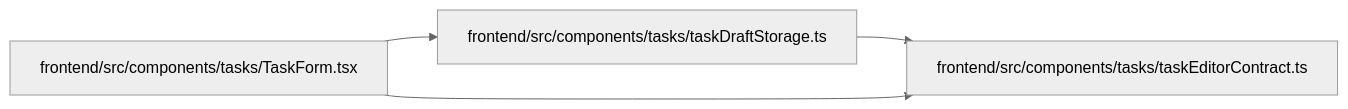
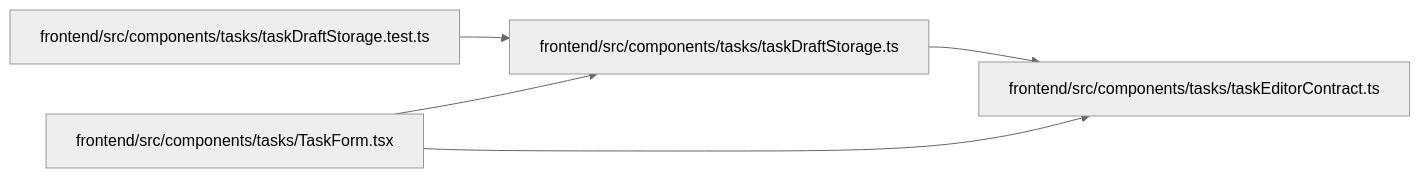
Before and after one commit to Denissvgn/WorkChord: the diagram in docs/llm_wiki/modules/taskDraftStorage.md, drawn with Mermaid (neutral theme). The commit also changed other lines of this file and 2344 other files, not shown here.

````diff
--- a/docs/llm_wiki/modules/taskDraftStorage.md
+++ b/docs/llm_wiki/modules/taskDraftStorage.md
@@ -24,12 +26,15 @@
 ```mermaid
 flowchart LR
-    n0["frontend/src/components/tasks/taskDraftStorage.ts"]
-    n1["frontend/src/components/tasks/taskEditorContract.ts"]
-    n2["frontend/src/components/tasks/TaskForm.tsx"]
+    n0["frontend/src/components/tasks/taskDraftStorage.test.ts"]
+    n1["frontend/src/components/tasks/taskDraftStorage.ts"]
+    n2["frontend/src/components/tasks/taskEditorContract.ts"]
+    n3["frontend/src/components/tasks/TaskForm.tsx"]
     n0 --> n1
-    n2 --> n0
-    n2 --> n1
-    click n0 "../modules/taskDraftStorage.md"
-    click n1 "../modules/taskEditorContract.md"
-    click n2 "../modules/TaskForm.md"
+    n1 --> n2
+    n3 --> n1
+    n3 --> n2
+    click n0 "../modules/taskDraftStorage.test.md"
+    click n1 "../modules/taskDraftStorage.md"
+    click n2 "../modules/taskEditorContract.md"
+    click n3 "../modules/TaskForm.md"
 ```
````
